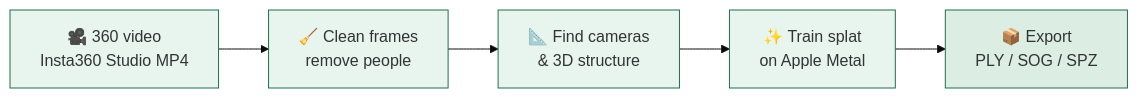
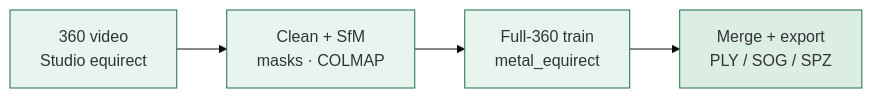
Before and after one commit to Browens5/InstaSplat: the diagram in README.md, drawn with Mermaid (base theme). The commit also changed other lines of this file and 16 other files, not shown here.

First line of the commit message:
Rewrite docs around the full Mac 360→splat pipeline

````diff
--- a/README.md
+++ b/README.md
@@ -57,13 +60,11 @@
 ```mermaid
 flowchart LR
-  A["🎥 360 video<br/>Insta360 Studio MP4"] --> B["🧹 Clean frames<br/>remove people"]
-  B --> C["📐 Find cameras<br/>& 3D structure"]
-  C --> D["✨ Train splat<br/>on Apple Metal"]
-  D --> E["📦 Export<br/>PLY / SOG / SPZ"]
+  A["360 video<br/>Studio equirect"] --> B["Clean + SfM<br/>masks · COLMAP"]
+  B --> C["Full-360 train<br/>metal_equirect"]
+  C --> D["Merge + export<br/>PLY / SOG / SPZ"]
 
   style A fill:#e8f5ef,stroke:#1f6f4a
   style B fill:#e8f5ef,stroke:#1f6f4a
   style C fill:#e8f5ef,stroke:#1f6f4a
-  style D fill:#e8f5ef,stroke:#1f6f4a
-  style E fill:#dceee4,stroke:#1f6f4a
+  style D fill:#dceee4,stroke:#1f6f4a
 ```
````
